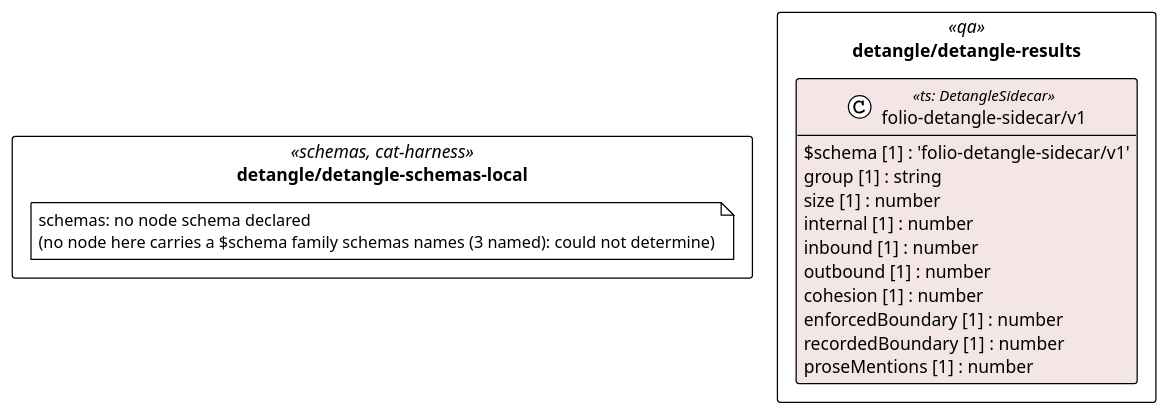
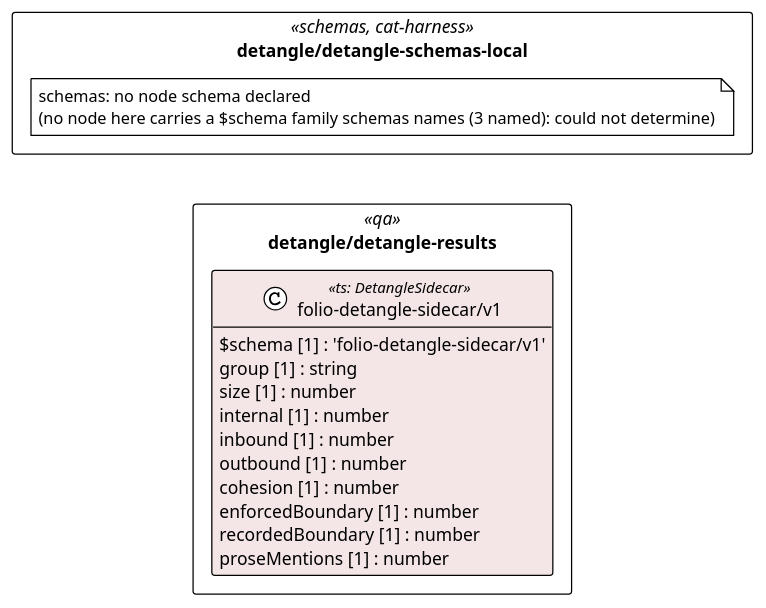
One commit to litlfred/folio-assistant changed the diagram in cat-harness/uml/overview/detangle.puml. Above: the diagram before and after it, drawn with PlantUML. The commit also changed 225 other files, not shown here.

First line of the commit message:
UML: portrait and landscape views of every diagram

```diff
--- a/cat-harness/uml/overview/detangle.puml
+++ b/cat-harness/uml/overview/detangle.puml
@@ -3,27 +3,29 @@
 @startuml detangle
 !pragma layout elk
 !theme plain
 skinparam classAttributeIconSize 0
 skinparam shadowing false
 skinparam packageStyle rectangle
 hide empty methods
 
 package "detangle/detangle-schemas-local" as pkg_detangle_detangle_schemas_local <<schemas, cat-harness>> {
   note "schemas: no node schema declared\n(no node here carries a $schema family schemas names (3 named): could not determine)" as n_detangle_detangle_schemas_local_schemas
 }
 package "detangle/detangle-results" as pkg_detangle_detangle_results <<qa>> {
   class "folio-detangle-sidecar/v1" as detangle_detangle_results_folio_detangle_sidecar_v1 <<ts: DetangleSidecar>> #f4e6e6 {
     $schema [1] : 'folio-detangle-sidecar/v1'
     group [1] : string
     size [1] : number
     internal [1] : number
     inbound [1] : number
     outbound [1] : number
     cohesion [1] : number
     enforcedBoundary [1] : number
     recordedBoundary [1] : number
     proseMentions [1] : number
   }
 }
 
+' grid: portrait, 1 column(s) — pkg_detangle_detangle_schemas_local pkg_detangle_detangle_results
+pkg_detangle_detangle_schemas_local -[hidden]down- pkg_detangle_detangle_results
 @enduml
```
